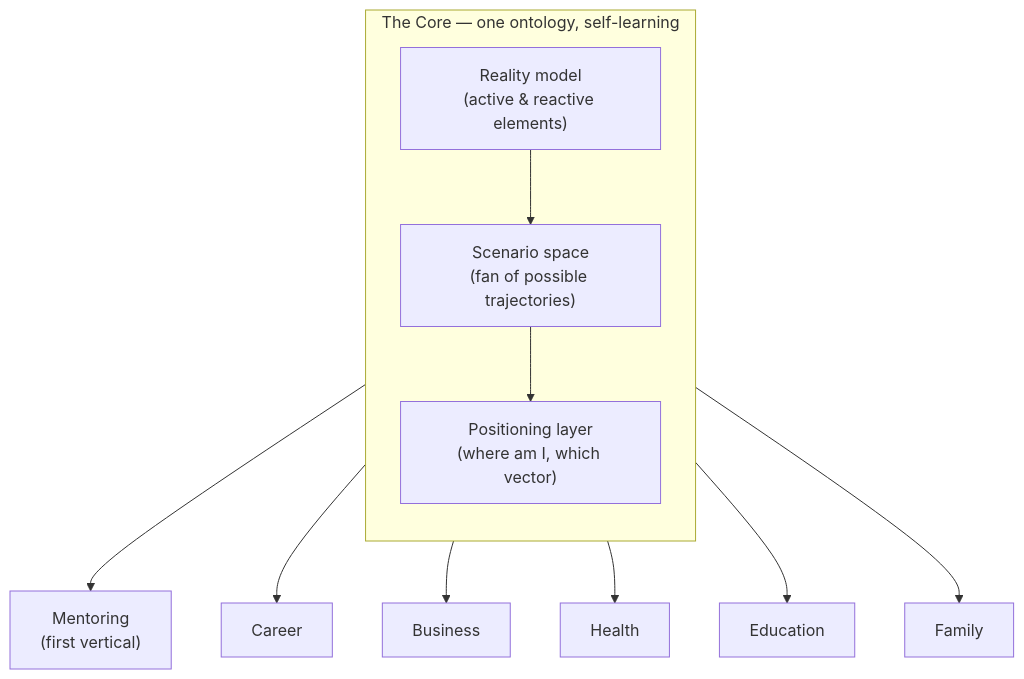
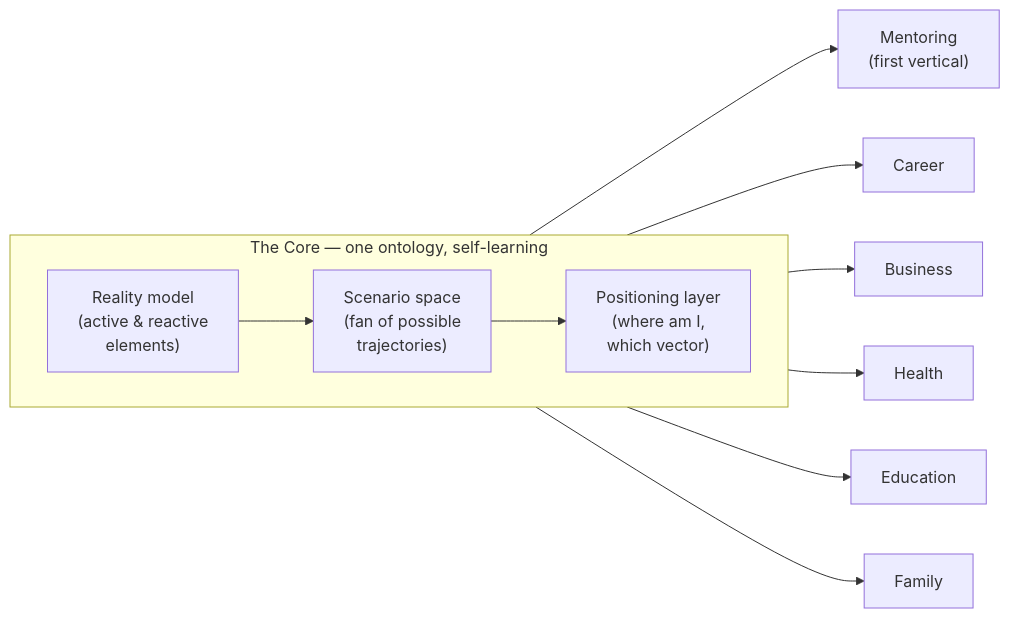
One commit to plykov/real-agi changed the second of 3 diagrams in README.md. Above: the diagram before and after it, drawn with Mermaid. The commit also changed other lines of this file, not shown here.

Commit message:
edit: horizontal orientation for README Mermaid diagrams

````diff
--- a/README.md
+++ b/README.md
@@ -47,13 +47,13 @@
 ```mermaid
-flowchart TB
+flowchart LR
     subgraph CORE["The Core — one ontology, self-learning"]
-        direction TB
-        RM["Reality model<br/>(active & reactive elements)"] --> SS["Scenario space<br/>(fan of possible trajectories)"] --> PL["Positioning layer<br/>(where am I, which vector)"]
+        direction LR
+        RM["Reality model<br/>(active & reactive<br/>elements)"] --> SS["Scenario space<br/>(fan of possible<br/>trajectories)"] --> PL["Positioning layer<br/>(where am I,<br/>which vector)"]
     end
     CORE --> M["Mentoring<br/>(first vertical)"]
     CORE --> CA["Career"]
     CORE --> BZ["Business"]
     CORE --> HE["Health"]
     CORE --> ED["Education"]
     CORE --> FA["Family"]
 ```
````
